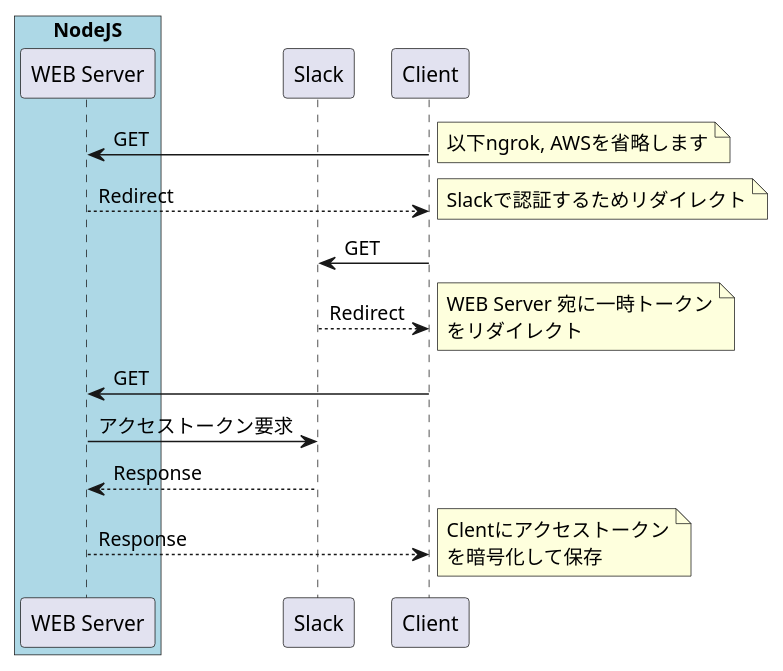
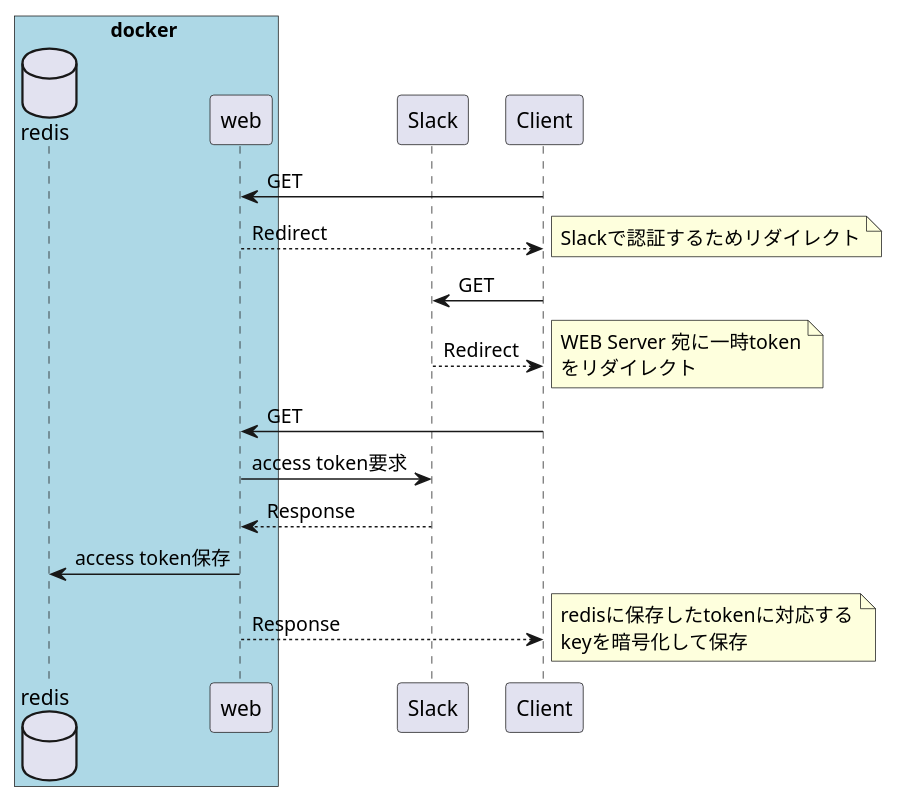
The diagram in docs/sequence/web_login.pu (ilim0t/bushitsuchan-PC), drawn with PlantUML before and after one commit. The commit also changed 7 other files, not shown here.

```diff
--- a/docs/sequence/web_login.pu
+++ b/docs/sequence/web_login.pu
@@ -1,31 +1,33 @@
 @startuml WEB_login
-box "NodeJS" #LightBlue
-participant "WEB Server"
+box docker #LightBlue
+database redis
+participant web
 end box
 
 participant Slack
 participant Client
 
-Client -> "WEB Server" : GET
-note right: 以下ngrok, AWSを省略します
+Client -> web : GET
 
-"WEB Server" --> Client : Redirect
+web --> Client : Redirect
 note right: Slackで認証するためリダイレクト
-
 
 Client -> Slack : GET
 Slack --> Client: Redirect
 note right
-	WEB Server 宛に一時トークン
+	WEB Server 宛に一時token
 	をリダイレクト
 end note
 
-Client -> "WEB Server" : GET
-"WEB Server" -> Slack : アクセストークン要求
-Slack --> "WEB Server" : Response
-"WEB Server" --> Client: Response
+Client -> web : GET
+web -> Slack : access token要求
+Slack --> web : Response
+
+web -> redis: access token保存
+
+web --> Client: Response
 note right
-	Clentにアクセストークン
-	を暗号化して保存
+	redisに保存したtokenに対応する
+	keyを暗号化して保存
 end note
 @enduml
```
